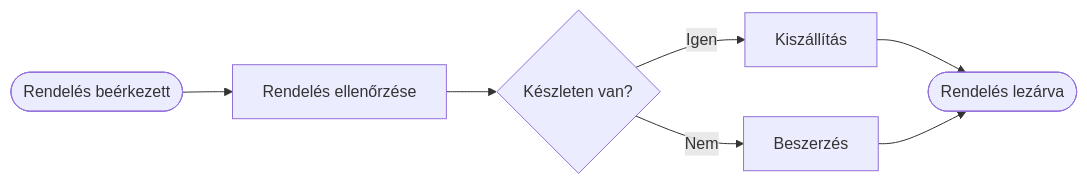
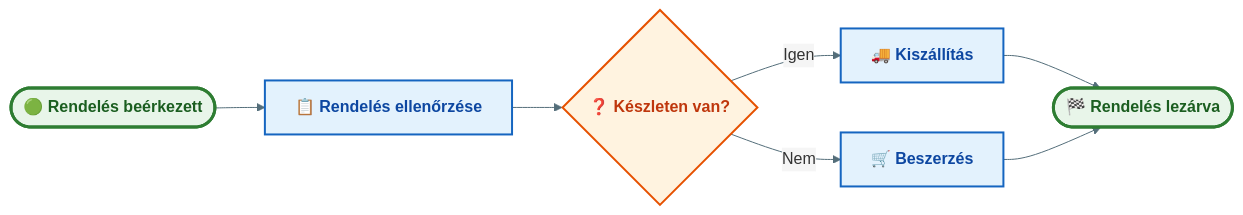
One commit to denespocsik/MM_BSC_Zarovizsga changed the first of 2 diagrams in Tételek/V02-GMXSF2MBLF-Üzleti folyamatok modellezése BPMN 2.0.tétel.md. Above: the diagram before and after it, drawn with Mermaid. The commit also changed other lines of this file and 7 other files, not shown here.

First line of the commit message:
style(V01-V05): Mermaid diagram stílus egységesítése a V11-V12 mintájára

````diff
--- a/Tételek/V02-GMXSF2MBLF-Üzleti folyamatok modellezése BPMN 2.0.tétel.md
+++ b/Tételek/V02-GMXSF2MBLF-Üzleti folyamatok modellezése BPMN 2.0.tétel.md
@@ -45,9 +45,14 @@
 ```mermaid
+%%{init: {'theme': 'base', 'themeVariables': {'primaryColor': '#E3F2FD', 'primaryBorderColor': '#1565C0', 'lineColor': '#546E7A', 'edgeLabelBackground': '#F5F5F5'}}}%%
 flowchart LR
-    S([Rendelés beérkezett]) --> E[Rendelés ellenőrzése]
-    E --> G{Készleten van?}
-    G -- Igen --> K[Kiszállítás]
-    G -- Nem --> B[Beszerzés]
-    K --> End([Rendelés lezárva])
+    classDef event   fill:#E8F5E9,stroke:#2E7D32,stroke-width:3px,color:#1B5E20,font-weight:bold
+    classDef task    fill:#E3F2FD,stroke:#1565C0,stroke-width:2px,color:#0D47A1,font-weight:bold
+    classDef gateway fill:#FFF3E0,stroke:#E65100,stroke-width:2px,color:#BF360C,font-weight:bold
+
+    S(["🟢 Rendelés beérkezett"]):::event --> E["📋 Rendelés ellenőrzése"]:::task
+    E --> G{"❓ Készleten van?"}:::gateway
+    G -- Igen --> K["🚚 Kiszállítás"]:::task
+    G -- Nem --> B["🛒 Beszerzés"]:::task
+    K --> End(["🏁 Rendelés lezárva"]):::event
     B --> End
 ```
````
